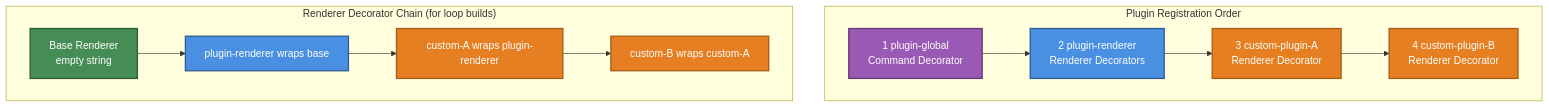
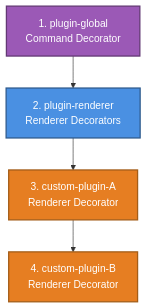
One commit to kazupon/gunshi changed the second of 3 diagrams in packages/docs/src/guide/plugin/decorators.md. Above: the diagram before and after it, drawn with Mermaid. The commit also changed other lines of this file and 2 other files, not shown here.

Commit message:
docs: fix mermaid figure

````diff
--- a/packages/docs/src/guide/plugin/decorators.md
+++ b/packages/docs/src/guide/plugin/decorators.md
@@ -317,27 +319,15 @@
 ```mermaid
-graph TD
-    subgraph "Plugin Registration Order"
-        R1[1 plugin-global<br/>Command Decorator]
-        R2[2 plugin-renderer<br/>Renderer Decorators]
-        R3[3 custom-plugin-A<br/>Renderer Decorator]
-        R4[4 custom-plugin-B<br/>Renderer Decorator]
-        R1 --> R2 --> R3 --> R4
-    end
-
-    subgraph "Renderer Decorator Chain (for loop builds)"
-        E1[Base Renderer<br/>empty string]
-        E2[plugin-renderer wraps base]
-        E3[custom-A wraps plugin-renderer]
-        E4[custom-B wraps custom-A]
-        E1 --> E2 --> E3 --> E4
-    end
+graph TB
+    R1["1. plugin-global<br/>Command Decorator"]
+    R2["2. plugin-renderer<br/>Renderer Decorators"]
+    R3["3. custom-plugin-A<br/>Renderer Decorator"]
+    R4["4. custom-plugin-B<br/>Renderer Decorator"]
+    R1 --> R2
+    R2 --> R3
+    R3 --> R4
 
     style R1 fill:#9B59B6,stroke:#633974,stroke-width:2px,color:#fff
     style R2 fill:#4A90E2,stroke:#2E5A8E,stroke-width:2px,color:#fff
     style R3 fill:#E67E22,stroke:#A35D18,stroke-width:2px,color:#fff
     style R4 fill:#E67E22,stroke:#A35D18,stroke-width:2px,color:#fff
-    style E1 fill:#468c56,stroke:#2e5936,stroke-width:2px,color:#fff
-    style E2 fill:#4A90E2,stroke:#2E5A8E,stroke-width:2px,color:#fff
-    style E3 fill:#E67E22,stroke:#A35D18,stroke-width:2px,color:#fff
-    style E4 fill:#E67E22,stroke:#A35D18,stroke-width:2px,color:#fff
 ```
````
